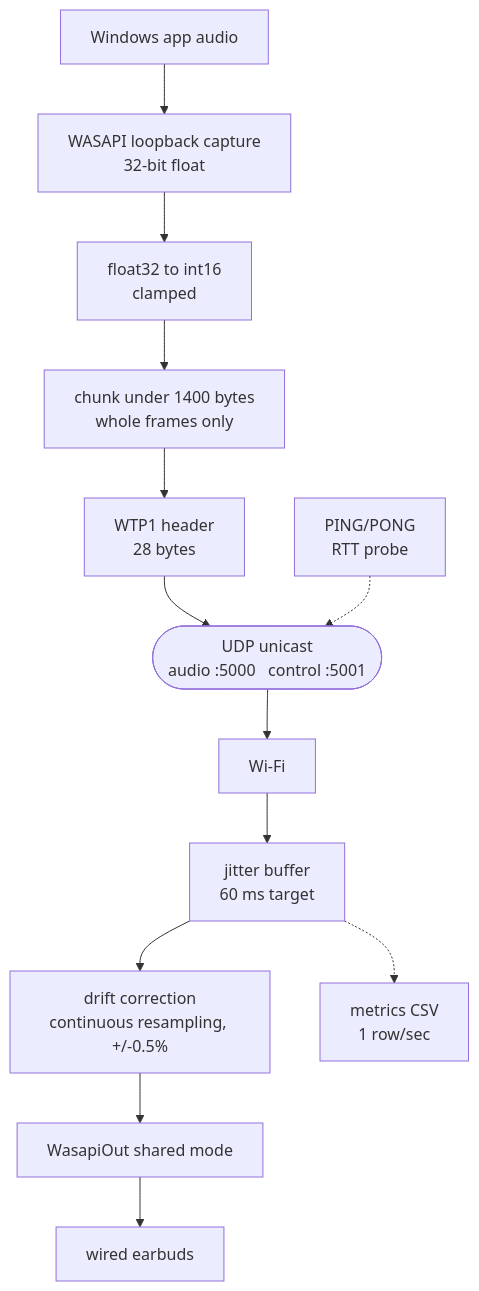
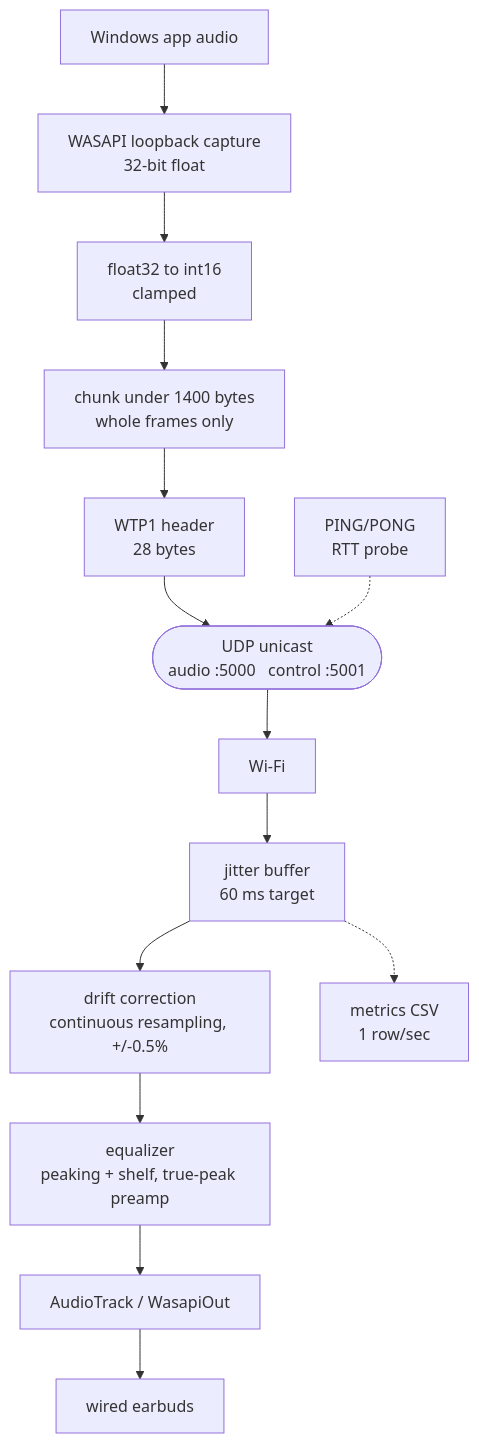
One commit to akashamalan/Wired-Tooth changed the diagram in README.md. Above: the diagram before and after it, drawn with Mermaid. The commit also changed other lines of this file and 1 other file, not shown here.

````diff
--- a/README.md
+++ b/README.md
@@ -51,16 +251,17 @@
 ```mermaid
 flowchart TD
     A[Windows app audio] --> B[WASAPI loopback capture<br/>32-bit float]
     B --> C[float32 to int16<br/>clamped]
     C --> D[chunk under 1400 bytes<br/>whole frames only]
     D --> E[WTP1 header<br/>28 bytes]
     E --> F([UDP unicast<br/>audio :5000 &nbsp; control :5001])
     F --> G[Wi-Fi]
     G --> H[jitter buffer<br/>60 ms target]
     H --> I[drift correction<br/>continuous resampling, +/-0.5%]
-    I --> J[WasapiOut shared mode]
-    J --> K[wired earbuds]
+    I --> J[equalizer<br/>peaking + shelf, true-peak preamp]
+    J --> K[AudioTrack / WasapiOut]
+    K --> L[wired earbuds]
 
-    L[PING/PONG<br/>RTT probe] -.-> F
-    H -.-> M[metrics CSV<br/>1 row/sec]
+    M[PING/PONG<br/>RTT probe] -.-> F
+    H -.-> N[metrics CSV<br/>1 row/sec]
 ```
````
